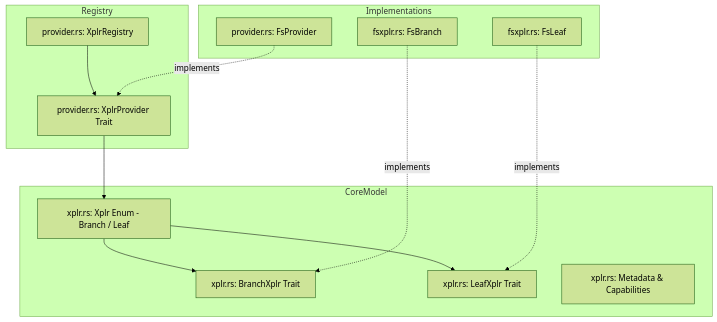
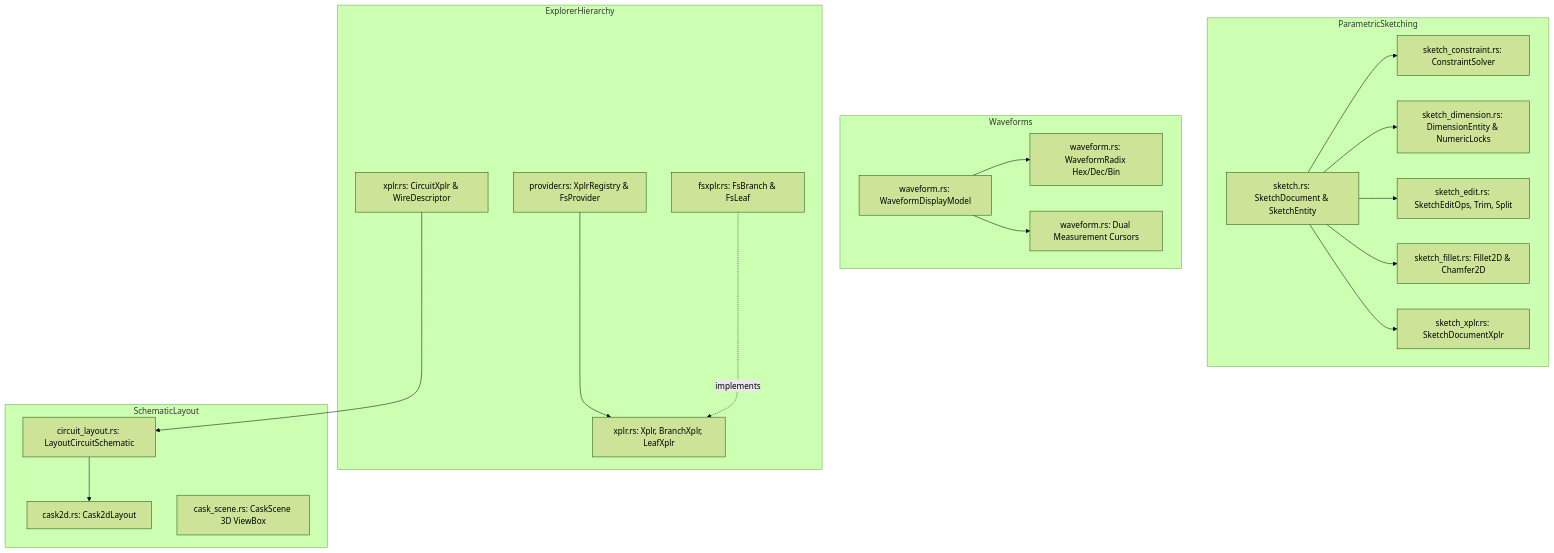
Before and after one commit to jswarup/Trellis: the diagram in wiki/modules/fenst.md, drawn with Mermaid (forest theme). The commit also changed other lines of this file and 16 other files, not shown here.

````diff
--- a/wiki/modules/fenst.md
+++ b/wiki/modules/fenst.md
@@ -22,26 +28,39 @@
 ```mermaid
 flowchart TD
-    subgraph Registry
-        XplrRegistry[provider.rs: XplrRegistry]
-        XplrProvider[provider.rs: XplrProvider Trait]
+    subgraph ParametricSketching
+        Doc[sketch.rs: SketchDocument & SketchEntity]
+        Solver[sketch_constraint.rs: ConstraintSolver]
+        Dim[sketch_dimension.rs: DimensionEntity & NumericLocks]
+        Edit[sketch_edit.rs: SketchEditOps, Trim, Split]
+        Fillet[sketch_fillet.rs: Fillet2D & Chamfer2D]
+        SketchXplr[sketch_xplr.rs: SketchDocumentXplr]
     end
-    subgraph CoreModel
-        Xplr[xplr.rs: Xplr Enum - Branch / Leaf]
-        BranchXplr[xplr.rs: BranchXplr Trait]
-        LeafXplr[xplr.rs: LeafXplr Trait]
-        XplrNodeInfo[xplr.rs: Metadata & Capabilities]
+    subgraph Waveforms
+        WaveformModel[waveform.rs: WaveformDisplayModel]
+        WaveRadix[waveform.rs: WaveformRadix Hex/Dec/Bin]
+        WaveCursor[waveform.rs: Dual Measurement Cursors]
     end
-    subgraph Implementations
-        FsProvider[provider.rs: FsProvider]
-        FsBranch[fsxplr.rs: FsBranch]
-        FsLeaf[fsxplr.rs: FsLeaf]
+    subgraph ExplorerHierarchy
+        Xplr[xplr.rs: Xplr, BranchXplr, LeafXplr]
+        Provider[provider.rs: XplrRegistry & FsProvider]
+        FsXplr[fsxplr.rs: FsBranch & FsLeaf]
+        CircuitXplr[xplr.rs: CircuitXplr & WireDescriptor]
+    end
+    subgraph SchematicLayout
+        CircuitLayout[circuit_layout.rs: LayoutCircuitSchematic]
+        Cask2d[cask2d.rs: Cask2dLayout]
+        CaskScene[cask_scene.rs: CaskScene 3D ViewBox]
     end
 
-    XplrRegistry --> XplrProvider
-    FsProvider -.->|implements| XplrProvider
-    XplrProvider --> Xplr
-    Xplr --> BranchXplr
-    Xplr --> LeafXplr
-    FsBranch -.->|implements| BranchXplr
-    FsLeaf -.->|implements| LeafXplr
+    Doc --> Solver
+    Doc --> Dim
+    Doc --> Edit
+    Doc --> Fillet
+    Doc --> SketchXplr
+    Provider --> Xplr
+    FsXplr -.->|implements| Xplr
+    CircuitXplr --> CircuitLayout
+    CircuitLayout --> Cask2d
+    WaveformModel --> WaveRadix
+    WaveformModel --> WaveCursor
 ```
````
